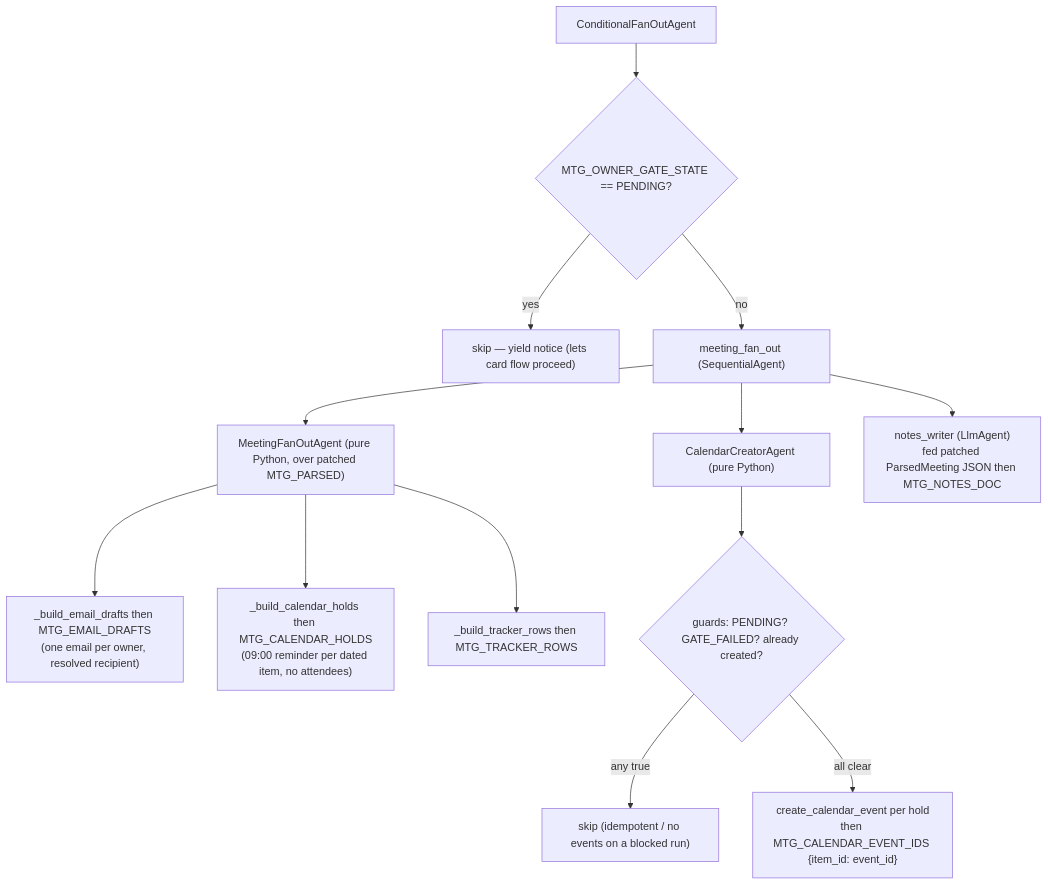
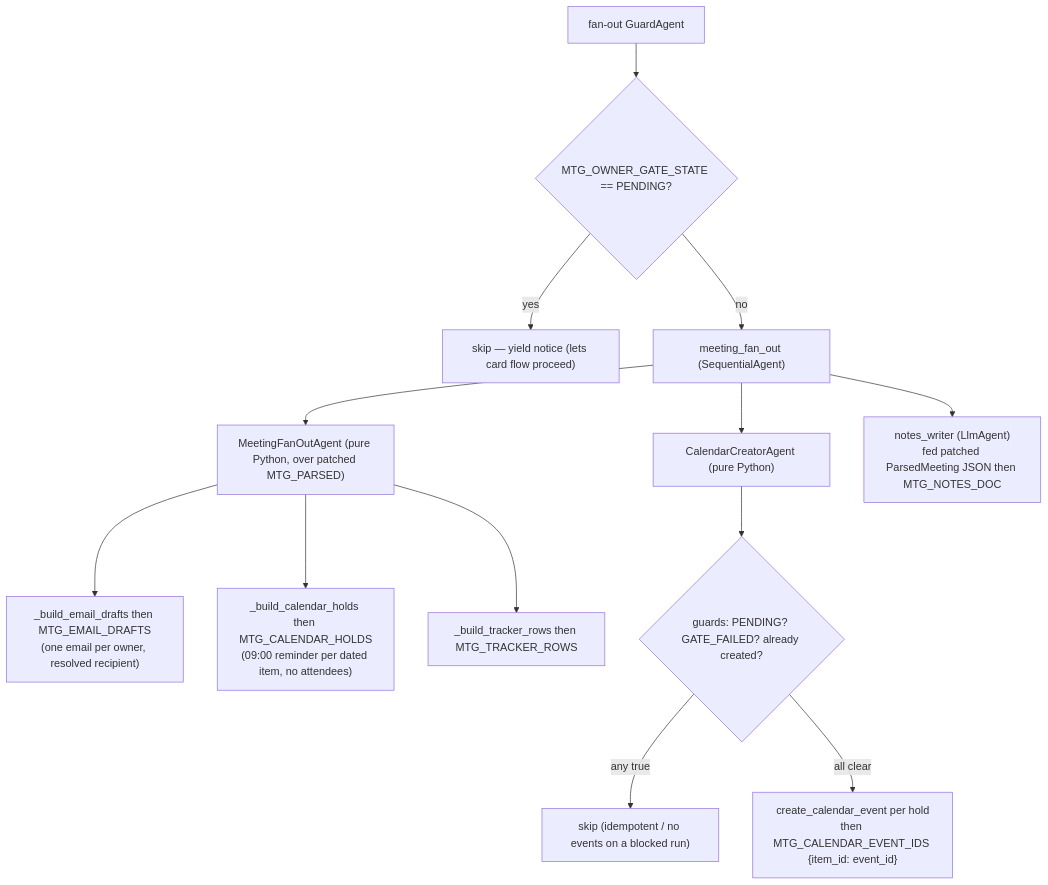
One commit to Bojackson123/Workspace-Agent changed the seventh of 9 diagrams in Docs/Meeting-Workflow.md. Above: the diagram before and after it, drawn with Mermaid. The commit also changed other lines of this file and 53 other files, not shown here.

````diff
--- a/Docs/Meeting-Workflow.md
+++ b/Docs/Meeting-Workflow.md
@@ -168,18 +171,18 @@
 ```mermaid
 flowchart TD
-    FO["ConditionalFanOutAgent"] --> Q{"MTG_OWNER_GATE_STATE == PENDING?"}
+    FO["fan-out GuardAgent"] --> Q{"MTG_OWNER_GATE_STATE == PENDING?"}
     Q -->|"yes"| SK["skip — yield notice (lets card flow proceed)"]
     Q -->|"no"| SEQ["meeting_fan_out (SequentialAgent)"]
 
     SEQ --> CO["MeetingFanOutAgent (pure Python, over patched MTG_PARSED)"]
     CO --> CO1["_build_email_drafts then MTG_EMAIL_DRAFTS<br/>(one email per owner, resolved recipient)"]
     CO --> CO2["_build_calendar_holds then MTG_CALENDAR_HOLDS<br/>(09:00 reminder per dated item, no attendees)"]
     CO --> CO3["_build_tracker_rows then MTG_TRACKER_ROWS"]
 
     SEQ --> CC["CalendarCreatorAgent (pure Python)"]
     CC --> CCg{"guards: PENDING? GATE_FAILED? already created?"}
     CCg -->|"any true"| CCs["skip (idempotent / no events on a blocked run)"]
     CCg -->|"all clear"| CCr["create_calendar_event per hold<br/>then MTG_CALENDAR_EVENT_IDS {item_id: event_id}"]
 
     SEQ --> NW["notes_writer (LlmAgent)<br/>fed patched ParsedMeeting JSON then MTG_NOTES_DOC"]
 ```
````
